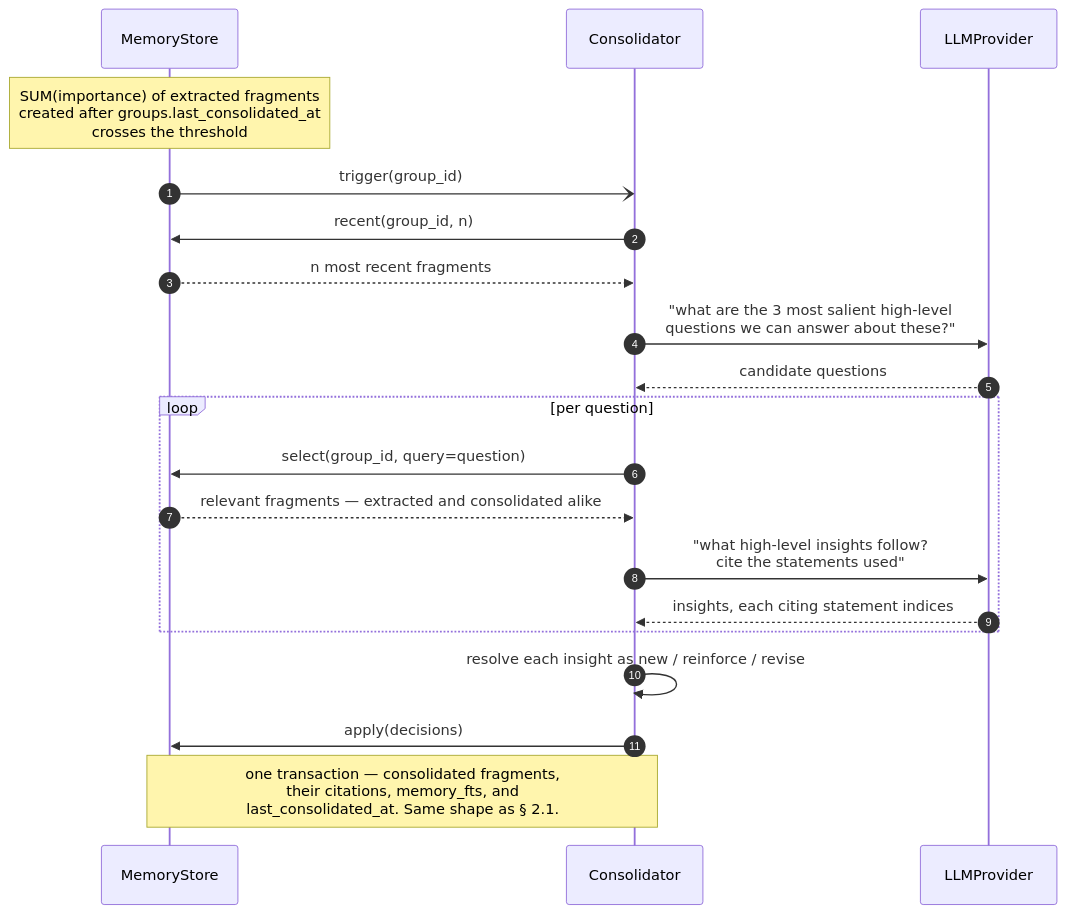
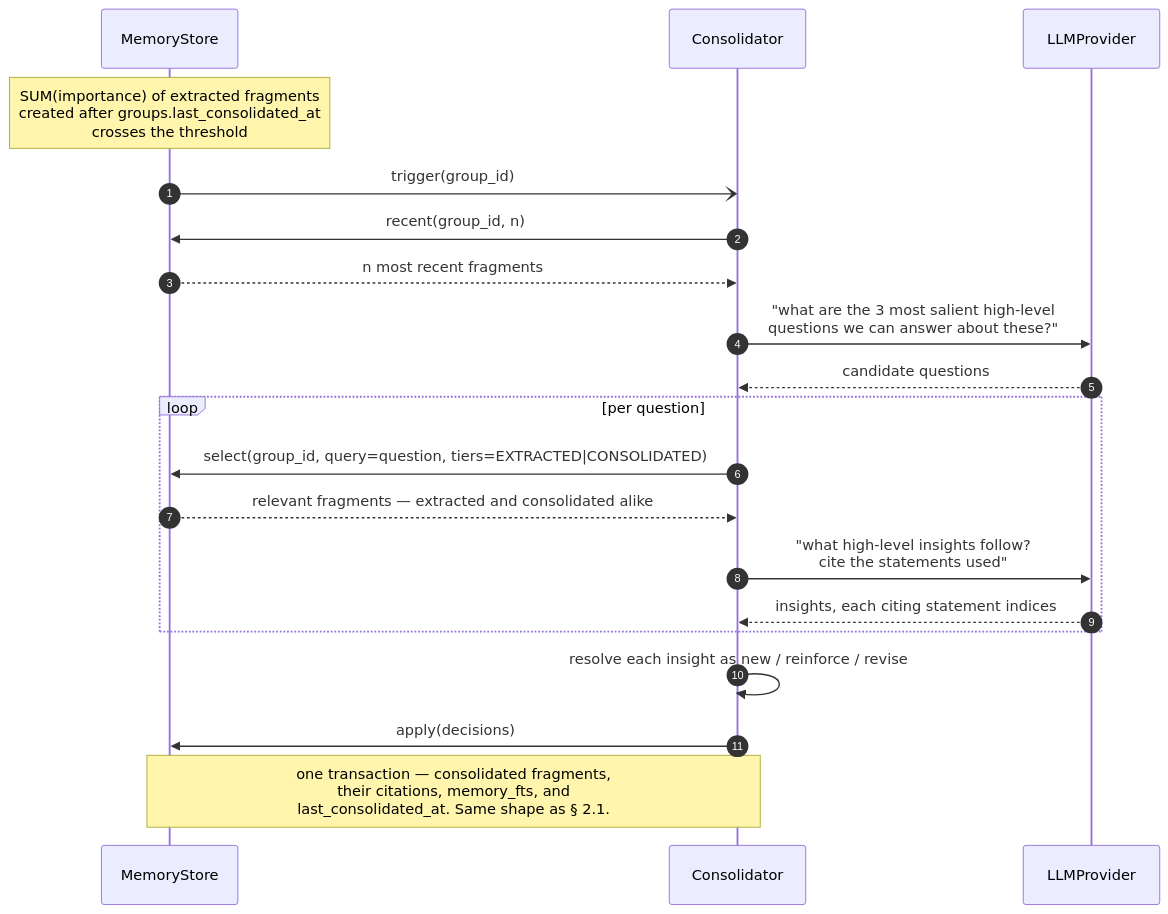
Before and after one commit to Alorcus/agent_project: diagram 12 of 12 in docs/plans/memory-and-groups.md, drawn with Mermaid. The commit also changed other lines of this file and 19 other files, not shown here.

````diff
--- a/docs/plans/memory-and-groups.md
+++ b/docs/plans/memory-and-groups.md
@@ -988,26 +995,26 @@
 ```mermaid
 sequenceDiagram
     autonumber
     participant Store as MemoryStore
     participant Con as Consolidator
     participant LLM as LLMProvider
 
     Note over Store: SUM(importance) of extracted fragments<br/>created after groups.last_consolidated_at<br/>crosses the threshold
     Store-)Con: trigger(group_id)
     Con->>Store: recent(group_id, n)
     Store-->>Con: n most recent fragments
 
     Con->>LLM: "what are the 3 most salient high-level<br/>questions we can answer about these?"
     LLM-->>Con: candidate questions
 
     loop per question
-        Con->>Store: select(group_id, query=question)
+        Con->>Store: select(group_id, query=question, tiers=EXTRACTED|CONSOLIDATED)
         Store-->>Con: relevant fragments — extracted and consolidated alike
         Con->>LLM: "what high-level insights follow?<br/>cite the statements used"
         LLM-->>Con: insights, each citing statement indices
     end
 
     Con->>Con: resolve each insight as new / reinforce / revise
     Con->>Store: apply(decisions)
     Note over Con,Store: one transaction — consolidated fragments,<br/>their citations, memory_fts, and<br/>last_consolidated_at. Same shape as § 2.1.
 ```
````
